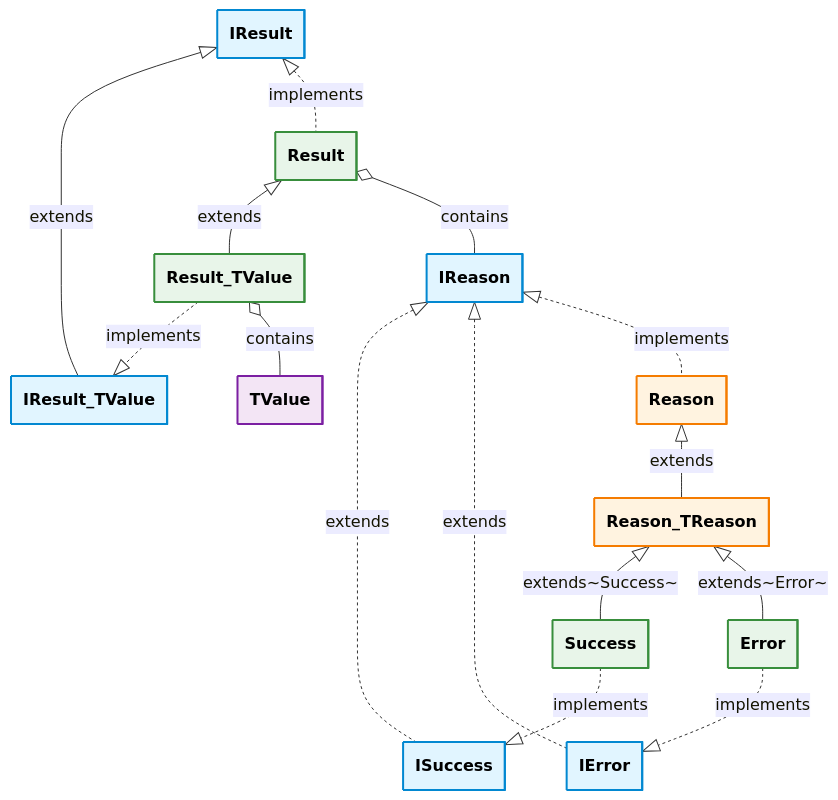
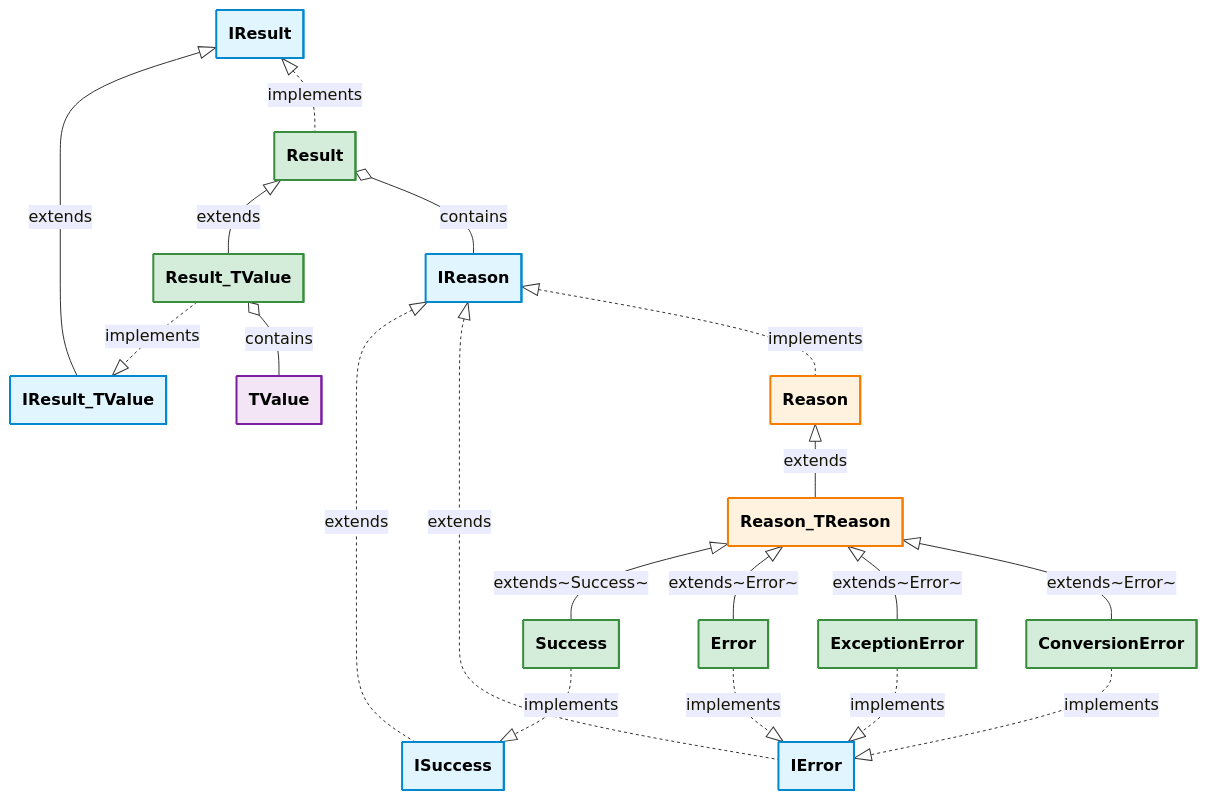
Before and after one commit to reslava/nuget-package-reslava-result: the diagram in docs/UML-simple-v1.0.0.md, drawn with Mermaid. The commit also changed 1 other file, not shown here.

Commit message:
docs: update UML diagrams to reflect actual implementation
- Add missing ExceptionError and ConversionError classes to UML
- Update Result_TValue with all actual methods (Map, Bind, Tap, GetValueOr, etc.)
- Add implicit operators for Result<TValue>
- Fix class relationships to show inheritance hierarchy correctly
- Simplify complex extension classes to avoid mermaid syntax errors

````diff
--- a/docs/UML-simple-v1.0.0.md
+++ b/docs/UML-simple-v1.0.0.md
@@ -9,45 +9,51 @@
 ```mermaid
 ---
   config:
     class:
       hideEmptyMembersBox: true
 ---
 classDiagram
     class IReason:::interface
     class ISuccess:::interface
     class IError:::interface
     class IResult:::interface
     class IResult_TValue:::interface
     
     class Reason:::abstract
     class Reason_TReason:::abstract
     
     class Success:::concrete
     class Error:::concrete
+    class ExceptionError:::concrete
+    class ConversionError:::concrete
     class Result:::concrete
     class Result_TValue:::concrete
     class TValue:::type  
     
     IReason <|.. ISuccess : extends
     IReason <|.. IError : extends
     IResult <|-- IResult_TValue : extends
     
     IReason <|.. Reason : implements
     Reason <|-- Reason_TReason : extends
     Reason_TReason <|-- Success : extends~Success~
     Reason_TReason <|-- Error : extends~Error~
+    Reason_TReason <|-- ExceptionError : extends~Error~
+    Reason_TReason <|-- ConversionError : extends~Error~
     Success ..|> ISuccess : implements
     Error ..|> IError : implements
+    ExceptionError ..|> IError : implements
+    ConversionError ..|> IError : implements
     
     IResult <|.. Result : implements
     Result <|-- Result_TValue : extends
     Result_TValue ..|> IResult_TValue : implements
     
     Result o-- IReason : contains
     Result_TValue o-- TValue : contains 
 
     classDef interface fill:#e1f5ff,stroke:#0288d1,stroke-width:2px,color:black
     classDef abstract fill:#fff3e0,stroke:#f57c00,stroke-width:2px,color:black
-    classDef concrete fill:#e8f5e9,stroke:#388e3c,stroke-width:2px,color:black
+    classDef concrete fill:#d4edda,stroke:#388e3c,stroke-width:2px,color:black
     classDef type fill:#f3e5f5,stroke:#7b1fa2,stroke-width:2px,color:black
 ```
````
